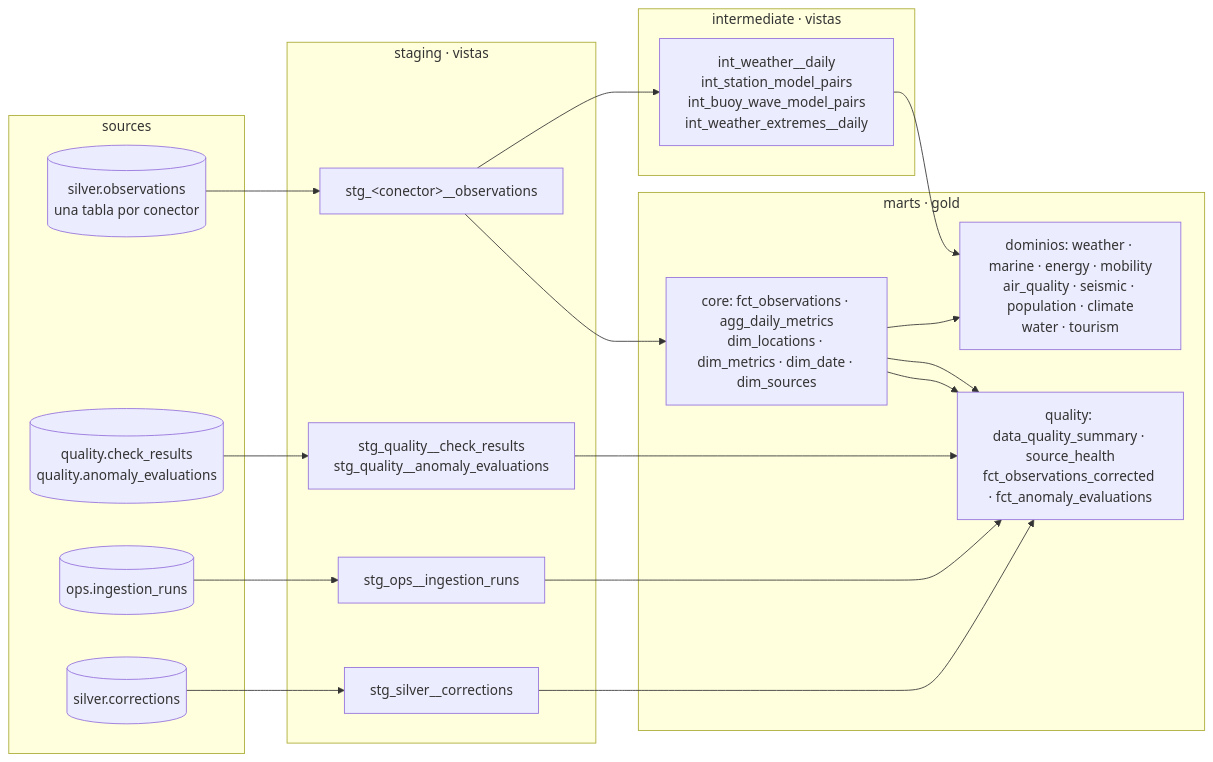
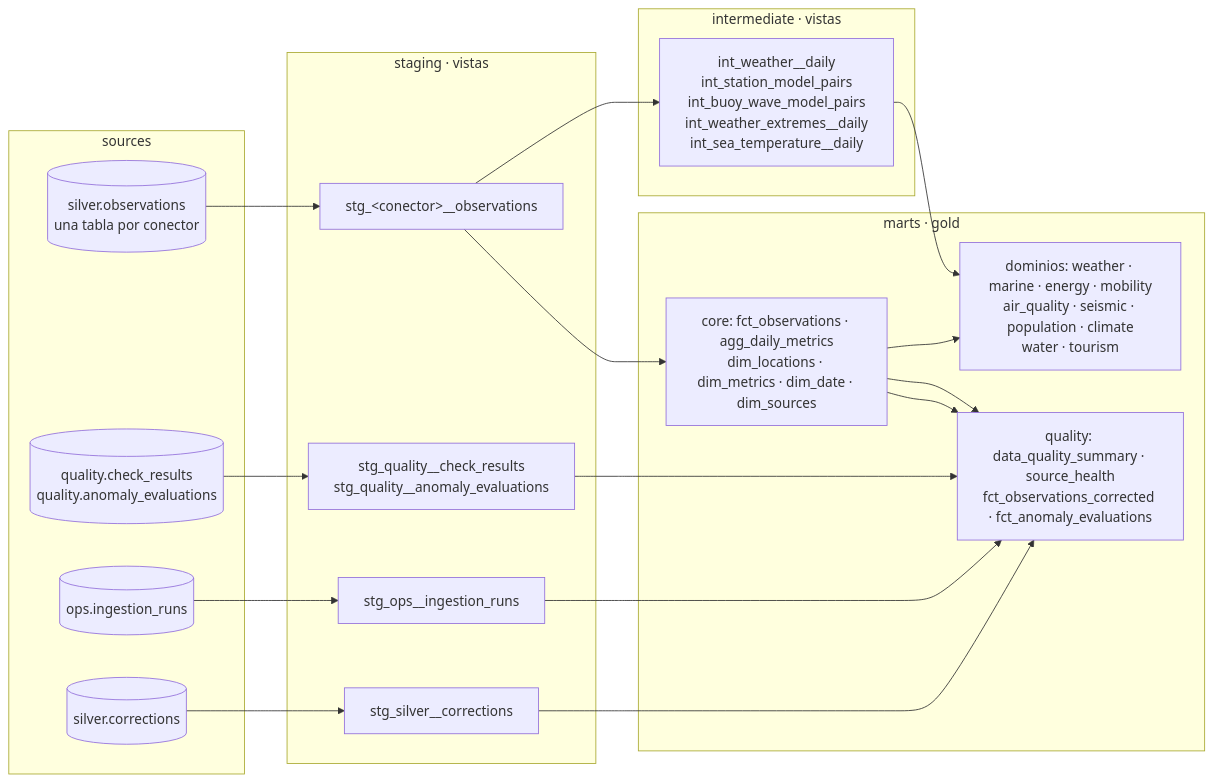
One commit to AlexandreColl/MallorcaDataPlatform changed the diagram in dbt/README.md. Above: the diagram before and after it, drawn with Mermaid. The commit also changed other lines of this file and 53 other files, not shown here.

First line of the commit message:
✨ feat(connector): add the satellite sea temperature of NOAA OISST

````diff
--- a/dbt/README.md
+++ b/dbt/README.md
@@ -10,30 +10,30 @@
 ```mermaid
 flowchart LR
     subgraph sources[sources]
         S1[(silver.observations<br/>una tabla por conector)]
         S2[(quality.check_results<br/>quality.anomaly_evaluations)]
         S3[(ops.ingestion_runs)]
         S4[(silver.corrections)]
     end
     subgraph staging[staging · vistas]
         ST[stg_&lt;conector&gt;__observations]
         SQ[stg_quality__check_results<br/>stg_quality__anomaly_evaluations]
         SO[stg_ops__ingestion_runs]
         SC[stg_silver__corrections]
     end
     subgraph intermediate[intermediate · vistas]
-        IW[int_weather__daily<br/>int_station_model_pairs<br/>int_buoy_wave_model_pairs<br/>int_weather_extremes__daily]
+        IW[int_weather__daily<br/>int_station_model_pairs<br/>int_buoy_wave_model_pairs<br/>int_weather_extremes__daily<br/>int_sea_temperature__daily]
     end
     subgraph marts[marts · gold]
         C[core: fct_observations · agg_daily_metrics<br/>dim_locations · dim_metrics · dim_date · dim_sources]
         D[dominios: weather · marine · energy · mobility<br/>air_quality · seismic · population · climate<br/>water · tourism]
         Q[quality: data_quality_summary · source_health<br/>fct_observations_corrected · fct_anomaly_evaluations]
     end
     S1 --> ST --> IW --> D
     ST --> C --> D
     S2 --> SQ --> Q
     S3 --> SO --> Q
     S4 --> SC --> Q
     C --> Q
     C --> Q
 ```
````
